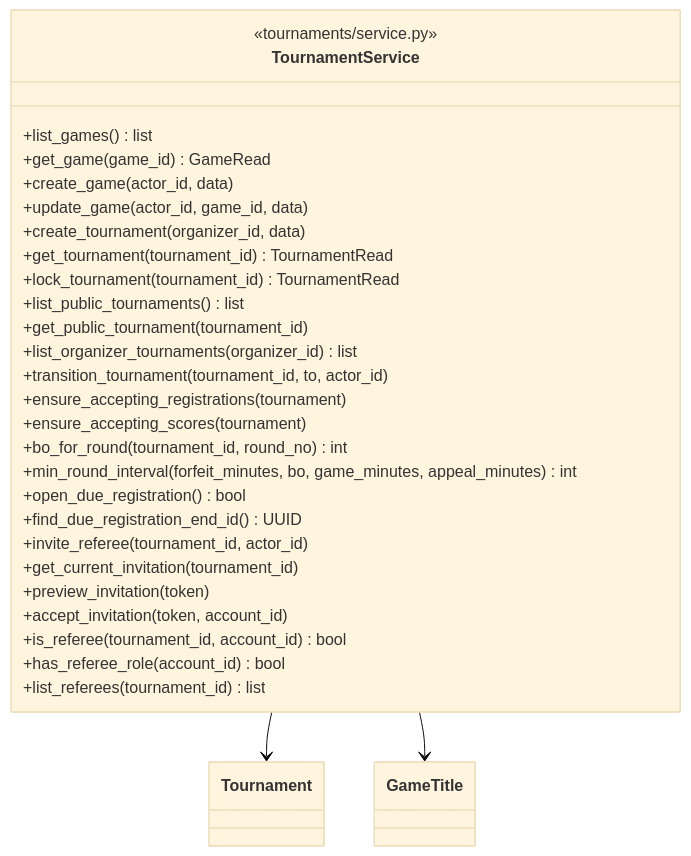
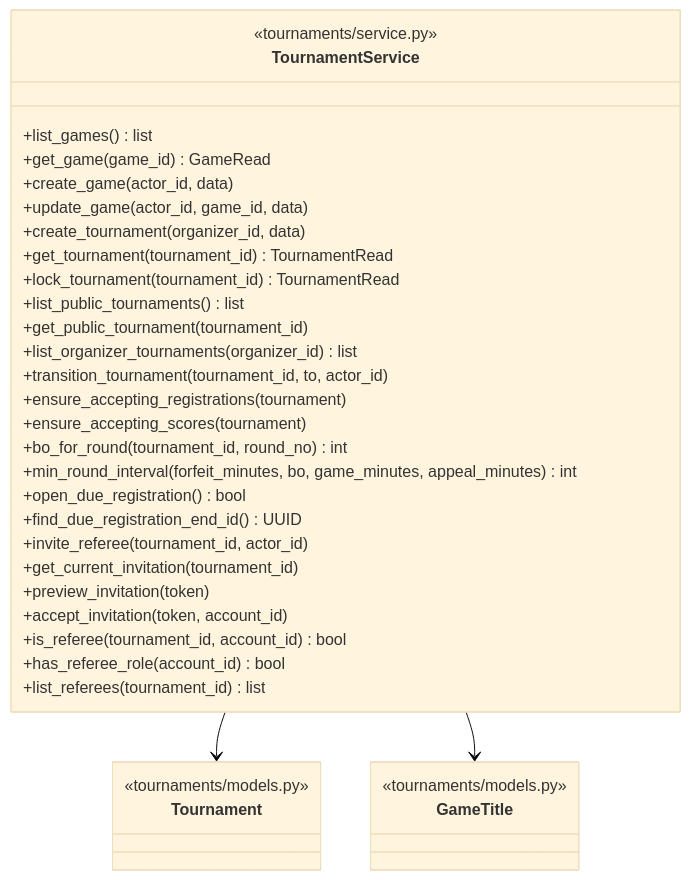
The seventh of 15 diagrams in docs/midterm/D-物件設計文件.md (Team14good/esport-platform), drawn with Mermaid (base theme) before and after one commit. The commit also changed other lines of this file and 23 other files, not shown here.

First line of the commit message:
docs: 依 PR #92 審查修正 B、C、D 的圖與程式標註

````diff
--- a/docs/midterm/D-物件設計文件.md
+++ b/docs/midterm/D-物件設計文件.md
@@ -347,34 +348,38 @@
 ```mermaid
 classDiagram
-  class Tournament
-  class GameTitle
+  class Tournament {
+    <<tournaments/models.py>>
+  }
+  class GameTitle {
+    <<tournaments/models.py>>
+  }
   class TournamentService {
     <<tournaments/service.py>>
     +list_games() list
     +get_game(game_id) GameRead
     +create_game(actor_id, data)
     +update_game(actor_id, game_id, data)
     +create_tournament(organizer_id, data)
     +get_tournament(tournament_id) TournamentRead
     +lock_tournament(tournament_id) TournamentRead
     +list_public_tournaments() list
     +get_public_tournament(tournament_id)
     +list_organizer_tournaments(organizer_id) list
     +transition_tournament(tournament_id, to, actor_id)
     +ensure_accepting_registrations(tournament)
     +ensure_accepting_scores(tournament)
     +bo_for_round(tournament_id, round_no) int
     +min_round_interval(forfeit_minutes, bo, game_minutes, appeal_minutes) int
     +open_due_registration() bool
     +find_due_registration_end_id() UUID
     +invite_referee(tournament_id, actor_id)
     +get_current_invitation(tournament_id)
     +preview_invitation(token)
     +accept_invitation(token, account_id)
     +is_referee(tournament_id, account_id) bool
     +has_referee_role(account_id) bool
     +list_referees(tournament_id) list
   }
   TournamentService --> Tournament
   TournamentService --> GameTitle
 ```
````
